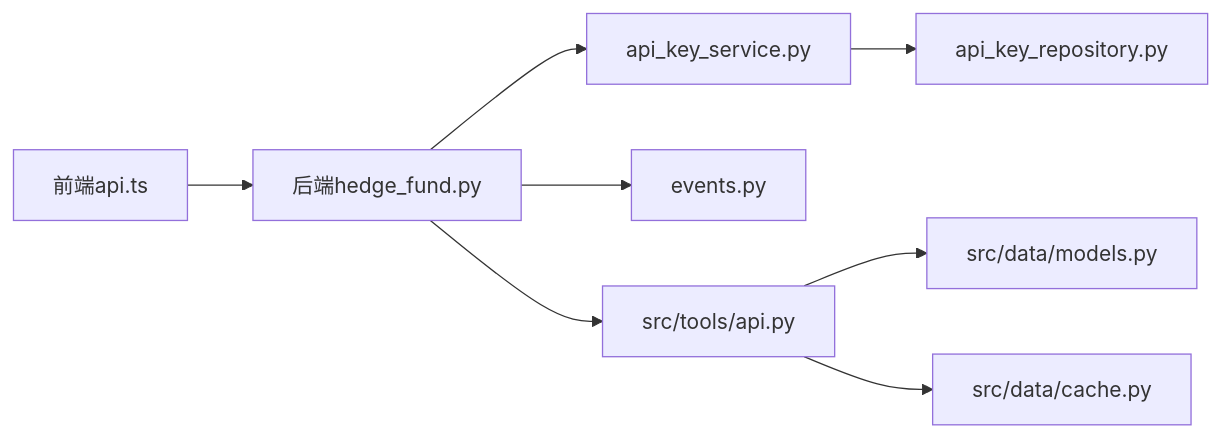
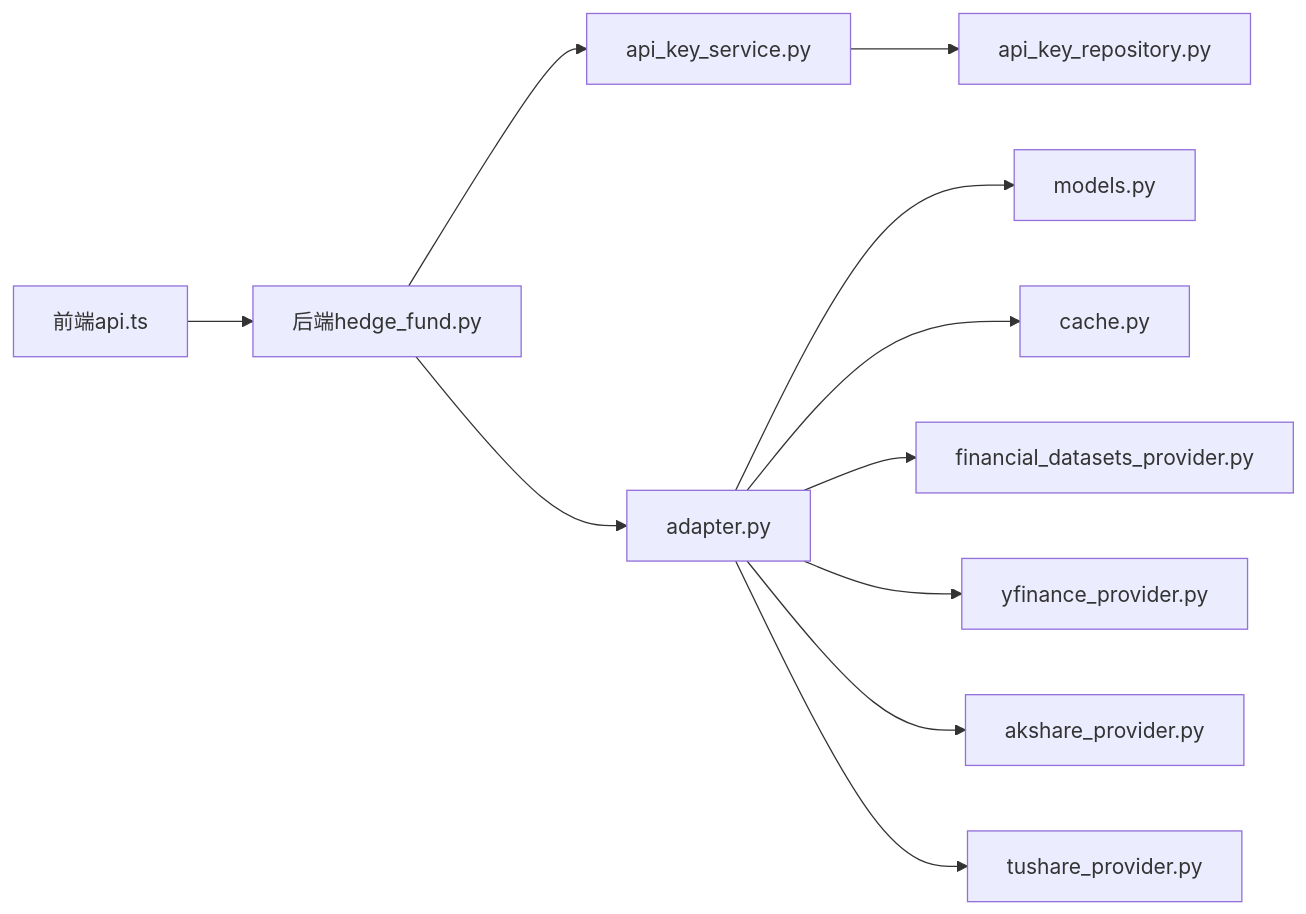
One commit to lichen14-hash/ai-hedge-fund changed the seventh of 7 diagrams in .qoder/repowiki/zh/content/数据管理/API客户端集成.md. Above: the diagram before and after it, drawn with Mermaid. The commit also changed other lines of this file and 11 other files, not shown here.

````diff
--- a/.qoder/repowiki/zh/content/数据管理/API客户端集成.md
+++ b/.qoder/repowiki/zh/content/数据管理/API客户端集成.md
@@ -350,10 +426,13 @@
 ```mermaid
 graph LR
 FE["前端api.ts"] --> BE["后端hedge_fund.py"]
 BE --> AK_SVC["api_key_service.py"]
 AK_SVC --> AK_REPO["api_key_repository.py"]
-BE --> EVT["events.py"]
-BE --> PY_API["src/tools/api.py"]
-PY_API --> MODELS["src/data/models.py"]
-PY_API --> CACHE["src/data/cache.py"]
+BE --> ADAPTER["adapter.py"]
+ADAPTER --> MODELS["models.py"]
+ADAPTER --> CACHE["cache.py"]
+ADAPTER --> FD["financial_datasets_provider.py"]
+ADAPTER --> YF["yfinance_provider.py"]
+ADAPTER --> AK["akshare_provider.py"]
+ADAPTER --> TS["tushare_provider.py"]
 ```
````
